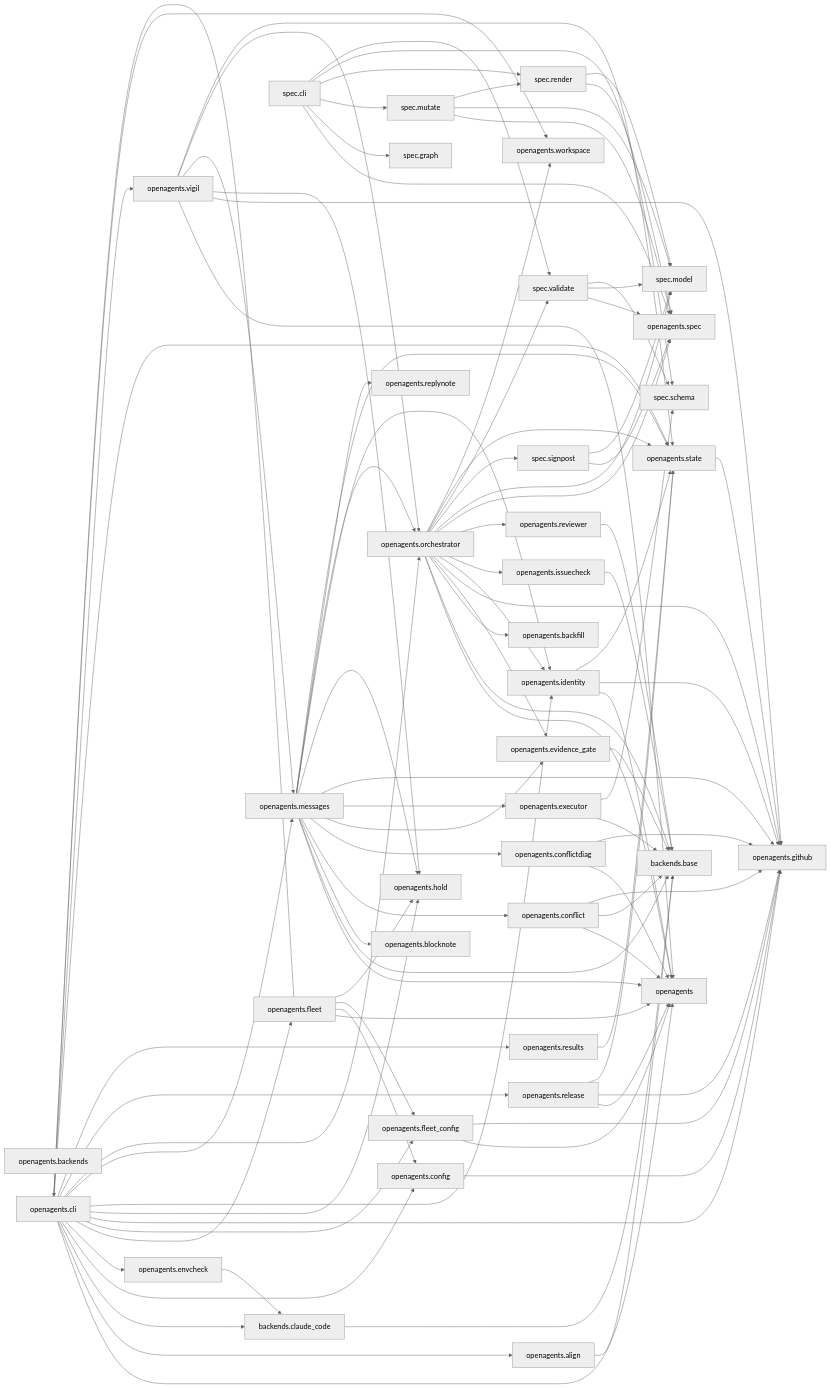
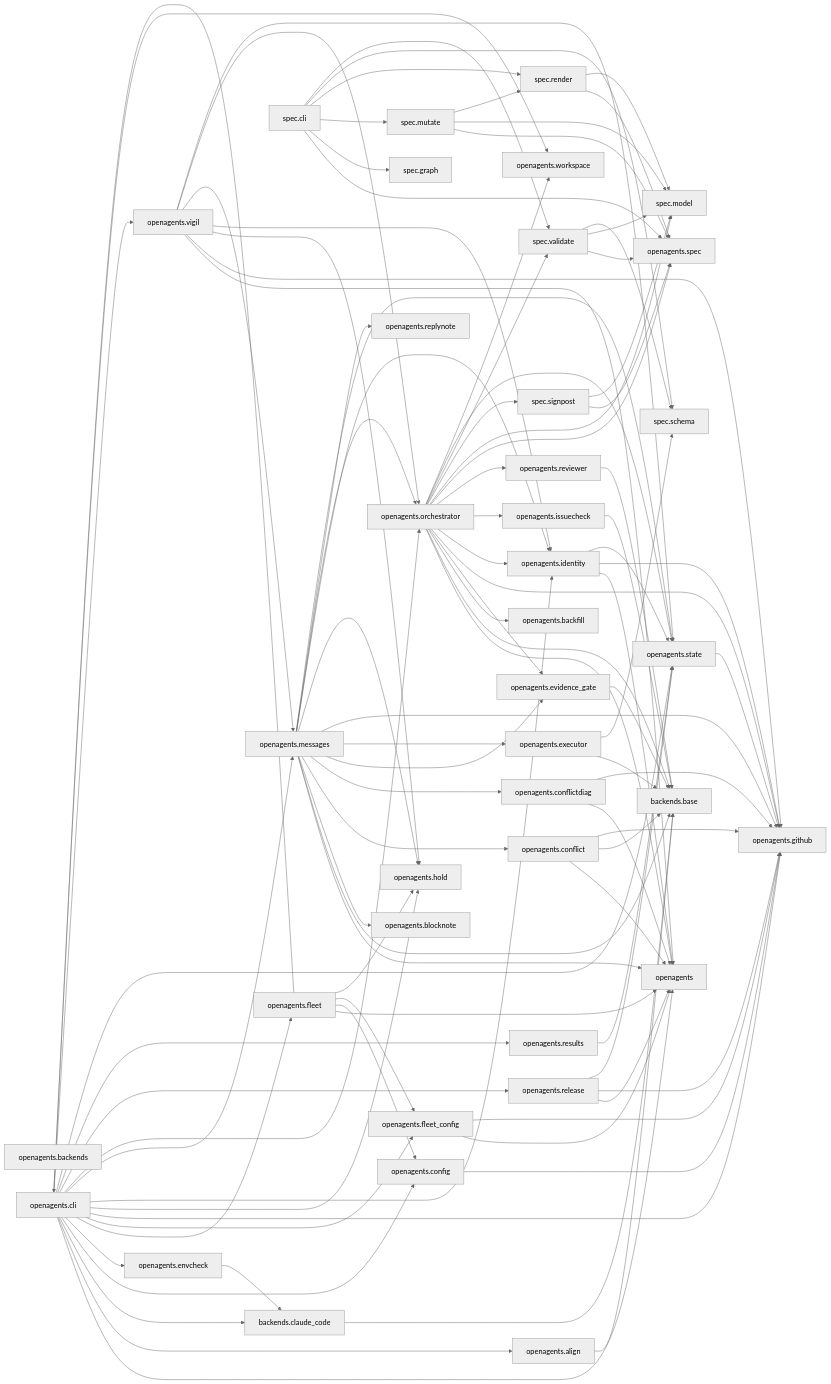
Before and after one commit to Curry09/OpenAgents: the diagram in docs/specs/ARCHITECTURE.md, drawn with Mermaid (neutral theme). The commit also changed 18 other files, not shown here.

```diff
--- a/docs/specs/ARCHITECTURE.md
+++ b/docs/specs/ARCHITECTURE.md
@@ -197,6 +197,7 @@
     nopenagents_vigil --> nopenagents
     nopenagents_vigil --> nopenagents_github
     nopenagents_vigil --> nopenagents_hold
+    nopenagents_vigil --> nopenagents_identity
     nopenagents_vigil --> nopenagents_messages
     nopenagents_vigil --> nopenagents_orchestrator
     nopenagents_vigil --> nopenagents_state
```
